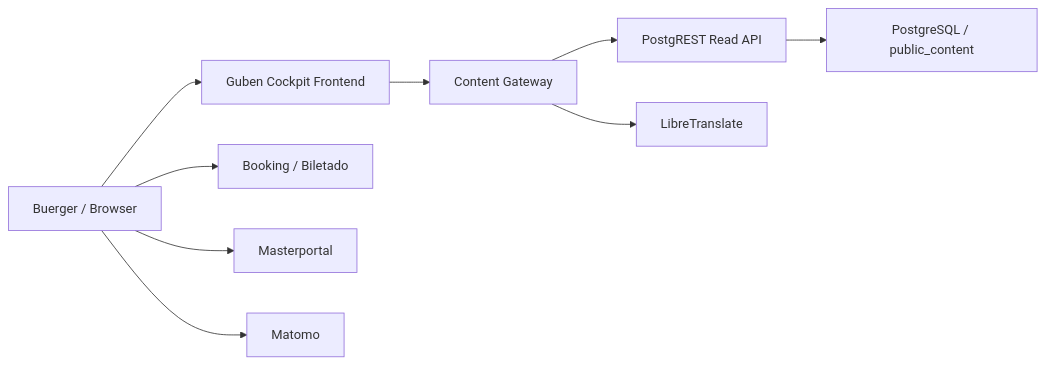
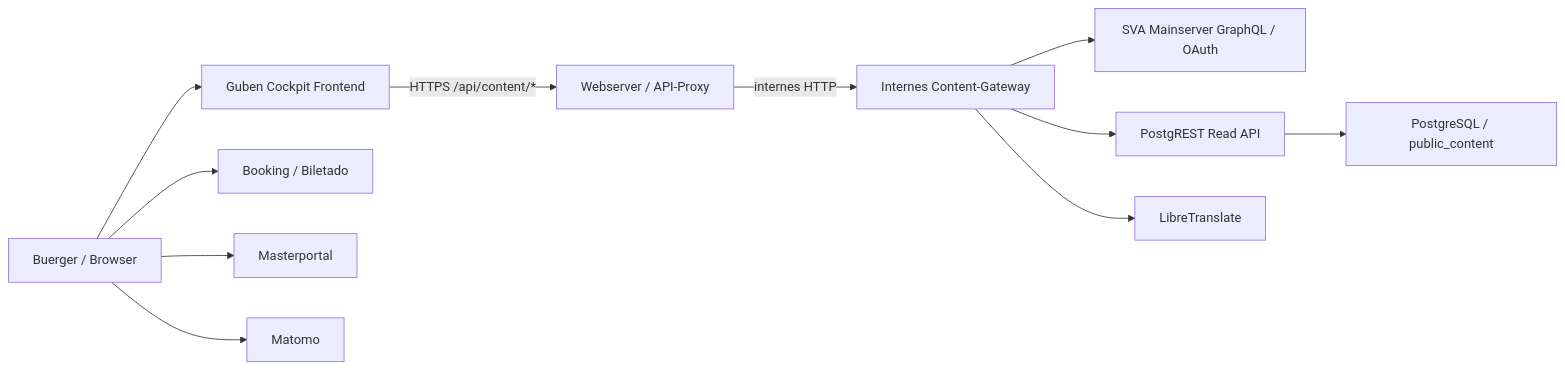
One commit to smart-village-solutions/guben-cockpit-old changed the first of 5 diagrams in docs/arc42.md. Above: the diagram before and after it, drawn with Mermaid. The commit also changed other lines of this file and 12 other files, not shown here.

Commit message:
docs: update architecture, content sources and release operations

````diff
--- a/docs/arc42.md
+++ b/docs/arc42.md
@@ -70,12 +71,14 @@
 ```mermaid
 flowchart LR
   Citizen["Buerger / Browser"] --> Frontend["Guben Cockpit Frontend"]
-  Frontend --> Gateway["Content Gateway"]
+  Frontend -->|"HTTPS /api/content/*"| Web["Webserver / API-Proxy"]
+  Web -->|"internes HTTP"| Gateway["Internes Content-Gateway"]
+  Gateway --> SmartVillage["SVA Mainserver GraphQL / OAuth"]
   Gateway --> PostgREST["PostgREST Read API"]
   PostgREST --> DB["PostgreSQL / public_content"]
 
   Citizen --> Booking["Booking / Biletado"]
   Citizen --> Masterportal["Masterportal"]
   Gateway --> Translate["LibreTranslate"]
   Citizen --> Matomo["Matomo"]
 ```
````
